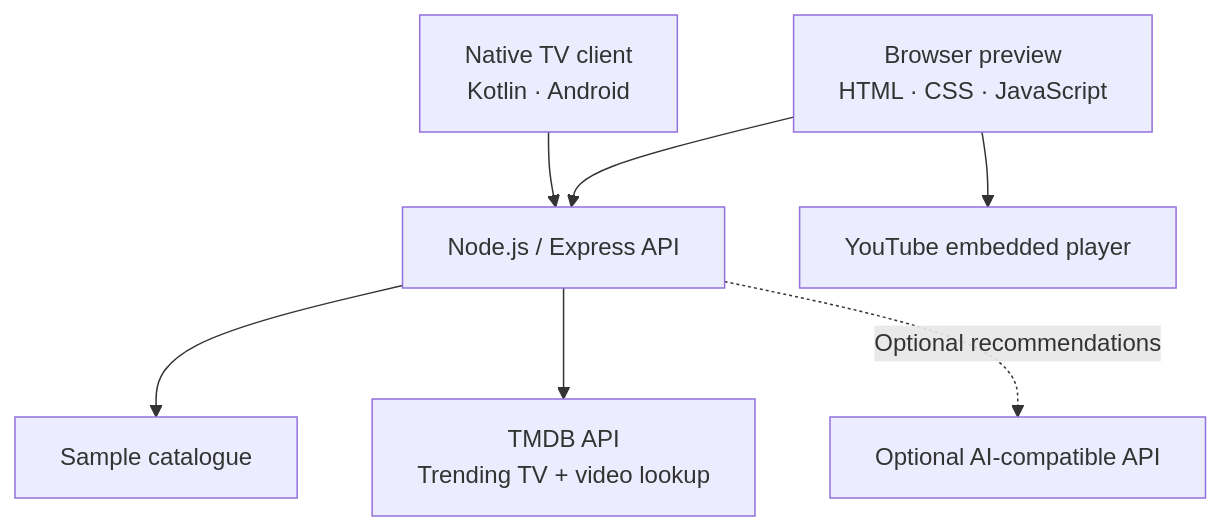
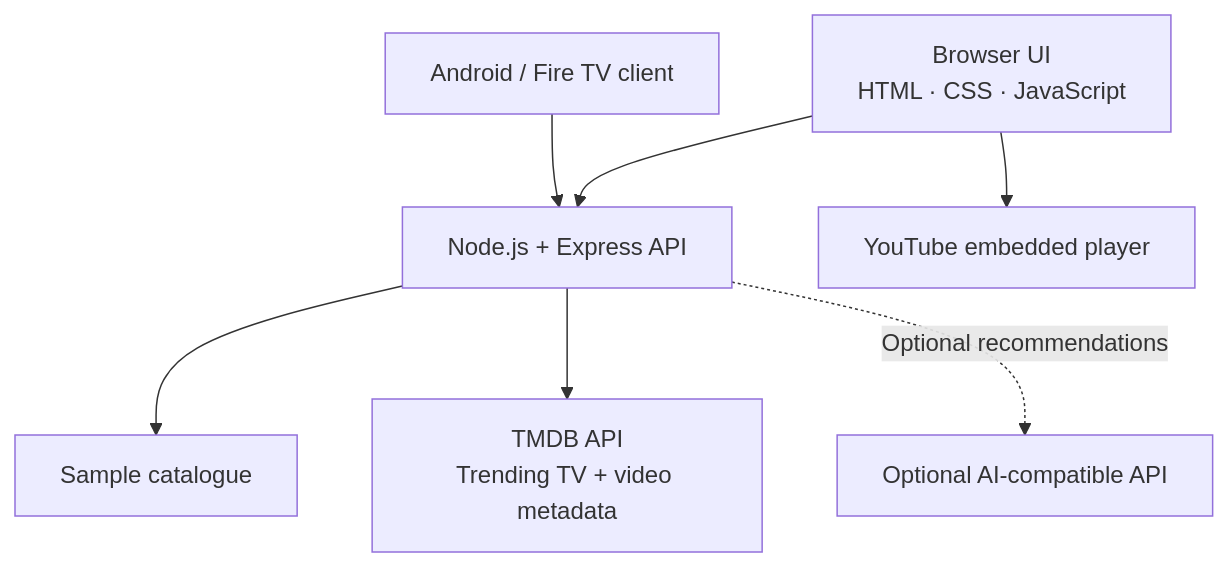
Before and after one commit to Mohitrath/watchwise-fire-tv: the diagram in README.md, drawn with Mermaid. The commit also changed other lines of this file, not shown here.

````diff
--- a/README.md
+++ b/README.md
@@ -81,17 +57,17 @@
 ```mermaid
 flowchart TD
-    WEB["Browser preview<br/>HTML · CSS · JavaScript"]
-    TV["Native TV client<br/>Kotlin · Android"]
-    API["Node.js / Express API"]
-    CATALOGUE["Sample catalogue"]
-    TMDB["TMDB API<br/>Trending TV + video lookup"]
+    WEB["Browser UI<br/>HTML · CSS · JavaScript"]
+    TV["Android / Fire TV client"]
+    API["Node.js + Express API"]
+    DATA["Sample catalogue"]
+    TMDB["TMDB API<br/>Trending TV + video metadata"]
+    YT["YouTube embedded player"]
     AI["Optional AI-compatible API"]
-    YT["YouTube embedded player"]
 
     WEB --> API
     TV --> API
-    API --> CATALOGUE
+    API --> DATA
     API --> TMDB
-    API -. "Optional recommendations" .-> AI
     WEB --> YT
+    API -. Optional recommendations .-> AI
 ```
````
